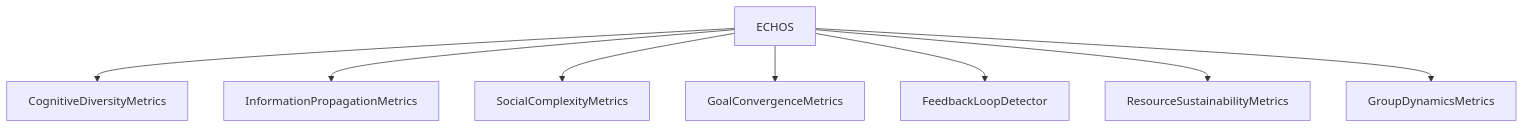
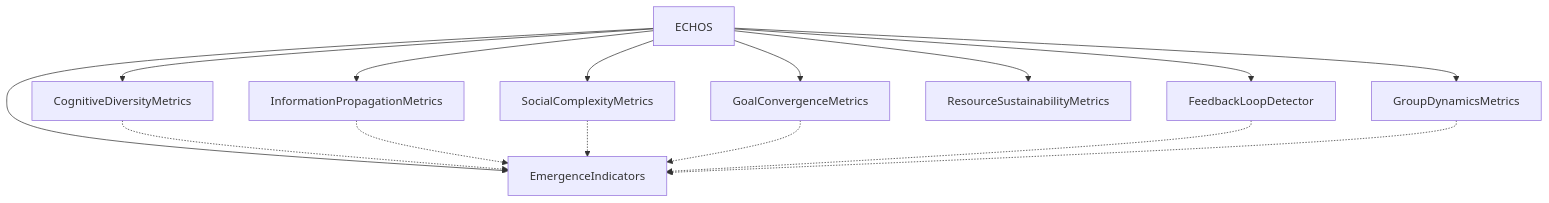
One commit to donovan-dev-web/LIVEX changed the diagram in docs/docs-echos/METRICS_SPEC.md. Above: the diagram before and after it, drawn with Mermaid. The commit also changed other lines of this file and 12 other files, not shown here.

````diff
--- a/docs/docs-echos/METRICS_SPEC.md
+++ b/docs/docs-echos/METRICS_SPEC.md
@@ -15,10 +15,17 @@
 ```mermaid
 flowchart TD
     E[ECHOS] --> M1[CognitiveDiversityMetrics]
     E --> M2[InformationPropagationMetrics]
     E --> M3[SocialComplexityMetrics]
     E --> M4[GoalConvergenceMetrics]
     E --> M5[FeedbackLoopDetector]
     E --> M6[ResourceSustainabilityMetrics]
     E --> M7[GroupDynamicsMetrics]
+    E --> M8[EmergenceIndicators]
+    M1 -.-> M8
+    M2 -.-> M8
+    M3 -.-> M8
+    M4 -.-> M8
+    M5 -.-> M8
+    M7 -.-> M8
 ```
````
